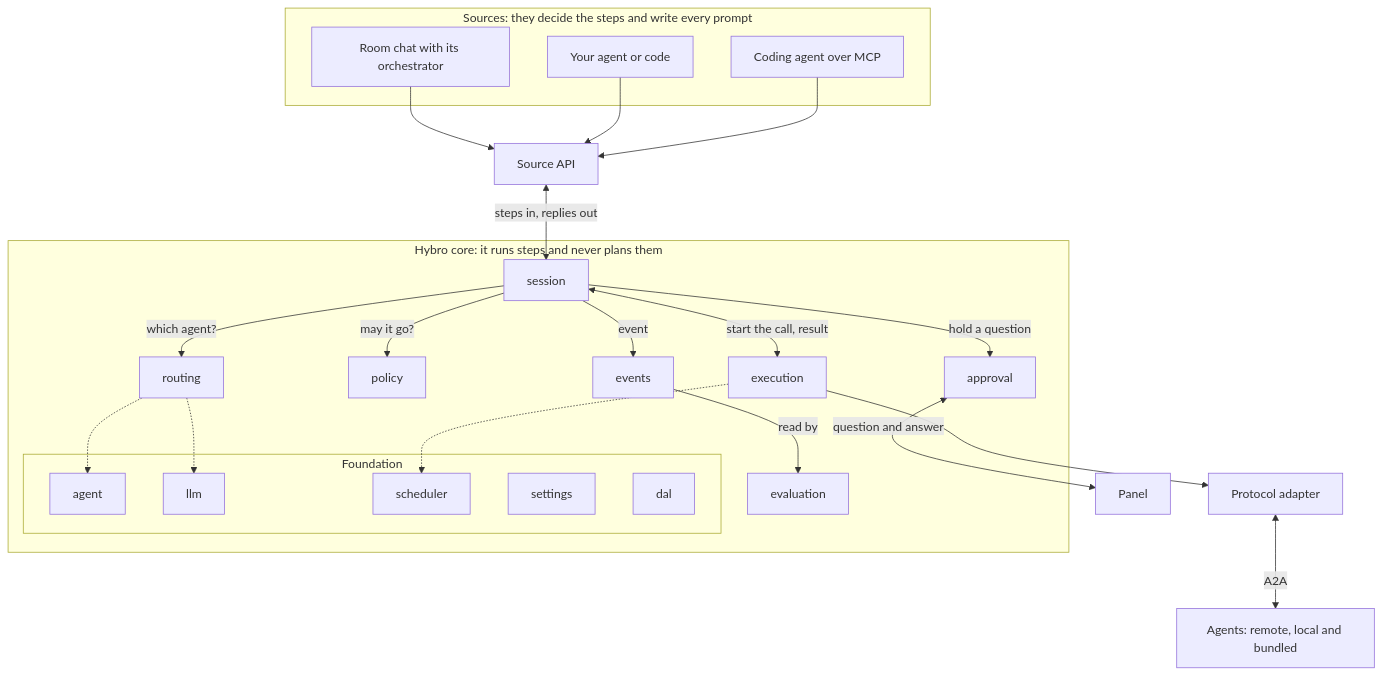
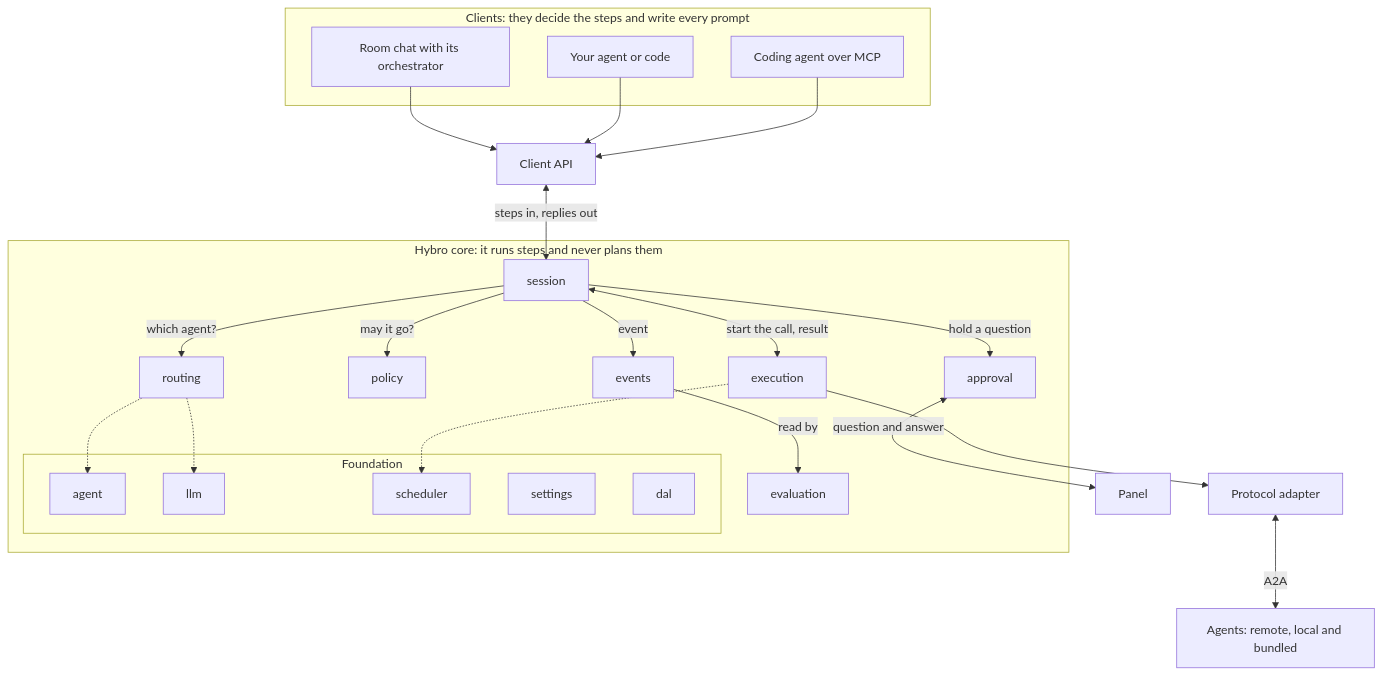
The first of 3 diagrams in docs/design.md (hybroai/hybro), drawn with Mermaid before and after one commit. The commit also changed other lines of this file and 91 other files, not shown here.

First line of the commit message:
refactor!: rename the concept Source to Client in the contract and documents

````diff
--- a/docs/design.md
+++ b/docs/design.md
@@ -72,48 +72,48 @@
 ```mermaid
 flowchart TB
-    subgraph sources["Sources: they decide the steps and write every prompt"]
+    subgraph clients["Clients: they decide the steps and write every prompt"]
         chat["Room chat with its orchestrator"]
         own["Your agent or code"]
         coding["Coding agent over MCP"]
     end
 
-    api["Source API"]
+    api["Client API"]
 
     subgraph core["Hybro core: it runs steps and never plans them"]
         session["session"]
         routing["routing"]
         policy["policy"]
         approval["approval"]
         execution["execution"]
         events["events"]
         evaluation["evaluation"]
         subgraph foundation["Foundation"]
             agent["agent"]
             llm["llm"]
             scheduler["scheduler"]
             settings["settings"]
             dal["dal"]
         end
     end
 
     adapter["Protocol adapter"]
     agents["Agents: remote, local and bundled"]
     panel["Panel"]
 
     chat --> api
     own --> api
     coding --> api
     api <-->|"steps in, replies out"| session
     session -->|"which agent?"| routing
     session -->|"may it go?"| policy
     session -->|"hold a question"| approval
     session <-->|"start the call, result"| execution
     session -->|"event"| events
     events -->|"read by"| evaluation
     approval <-->|"question and answer"| panel
     execution --> adapter
     adapter <-->|"A2A"| agents
     routing -.-> agent
     routing -.-> llm
     execution -.-> scheduler
 ```
````
